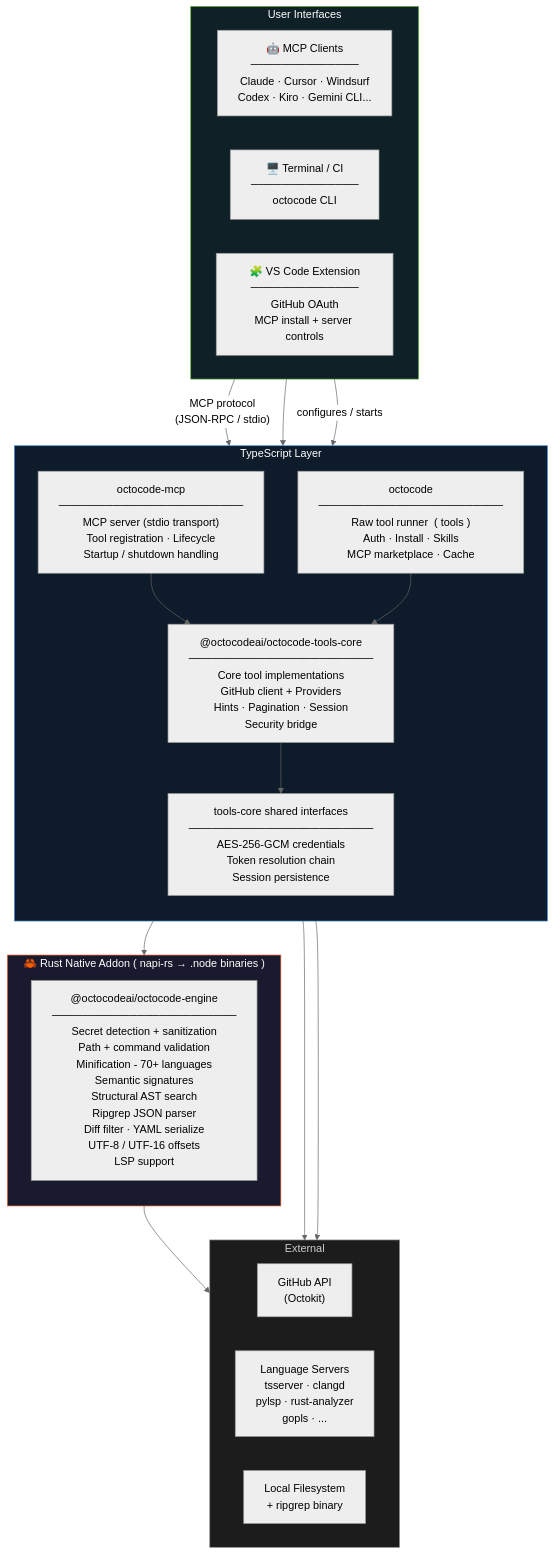
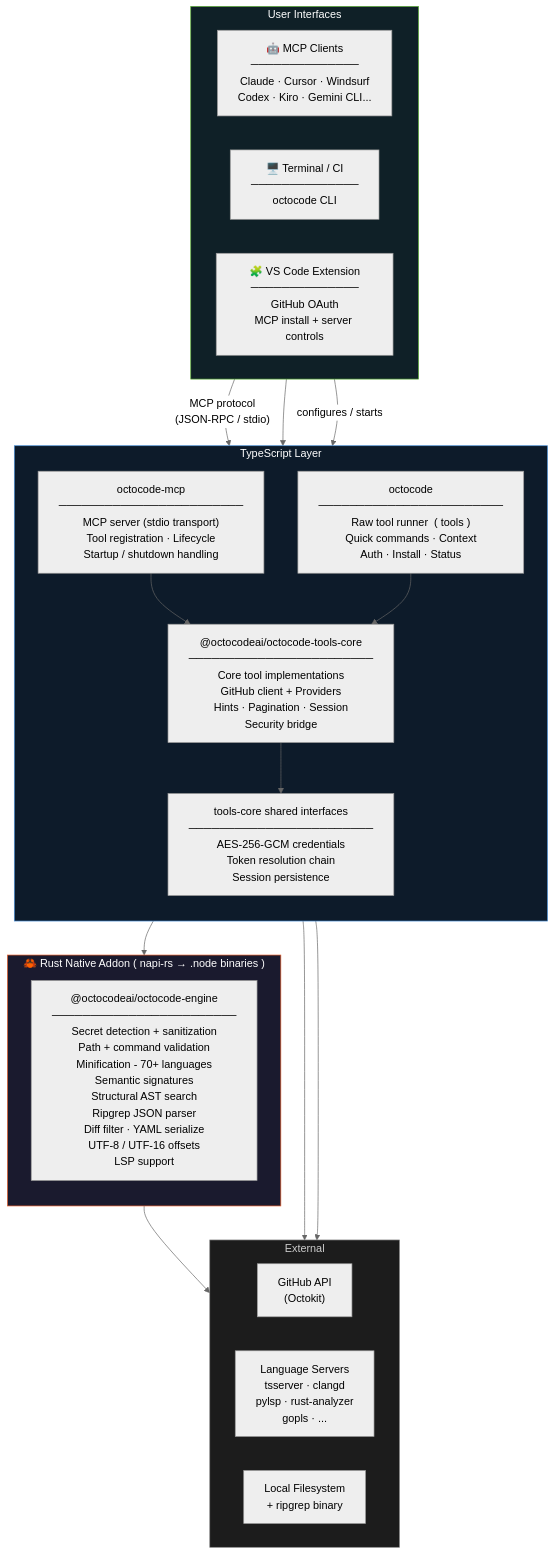
Before and after one commit to yermakoffivan/octocode: the diagram in README.md, drawn with Mermaid (neutral theme). The commit also changed other lines of this file and 771 other files, not shown here.

```diff
--- a/README.md
+++ b/README.md
@@ -485,8 +418,8 @@
         CLIBIN["octocode
 ────────────────────────
 Raw tool runner  ( tools )
-Auth · Install · Skills
-MCP marketplace · Cache"]
+Quick commands · Context
+Auth · Install · Status"]
         CORE["@octocodeai/octocode-tools-core
 ────────────────────────
 Core tool implementations
```
